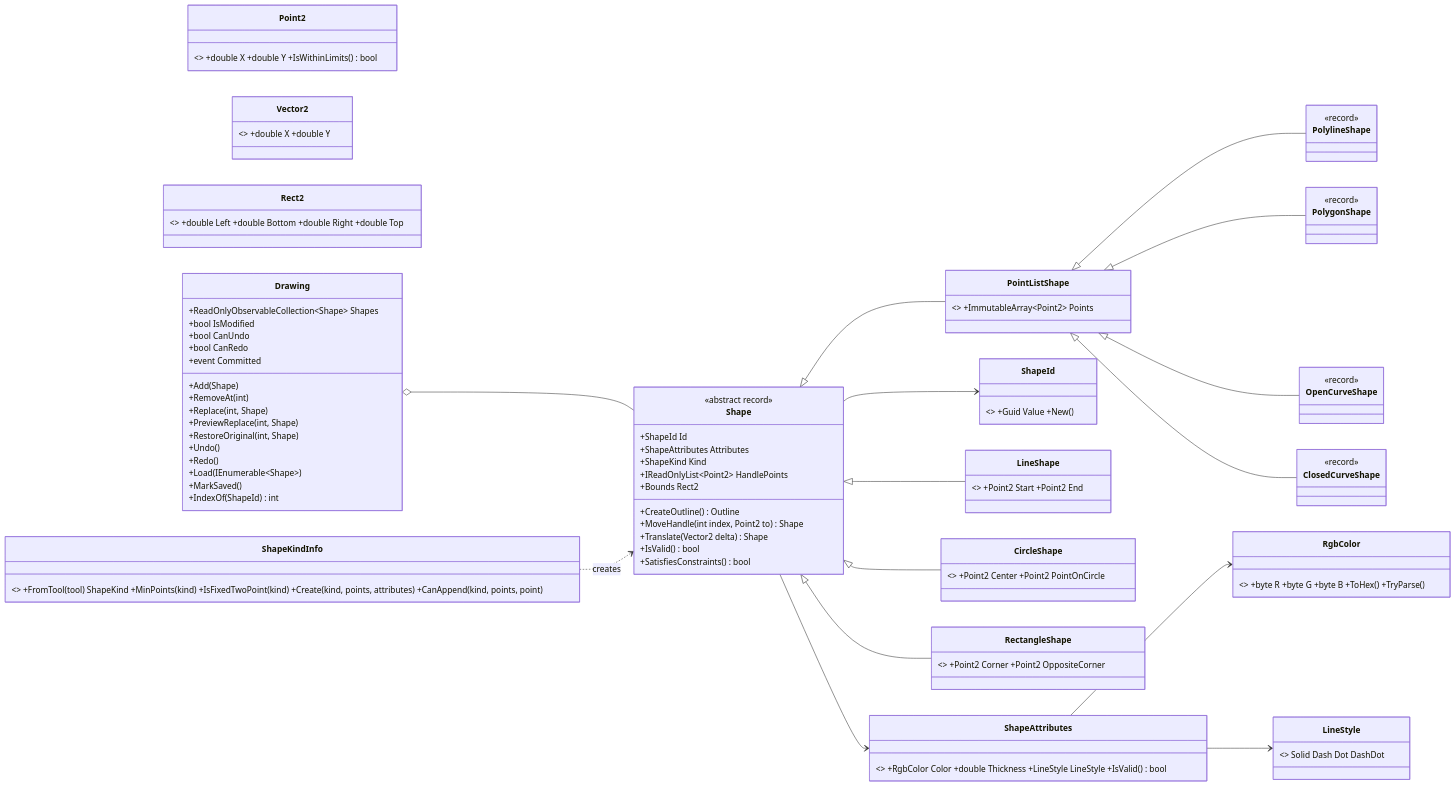
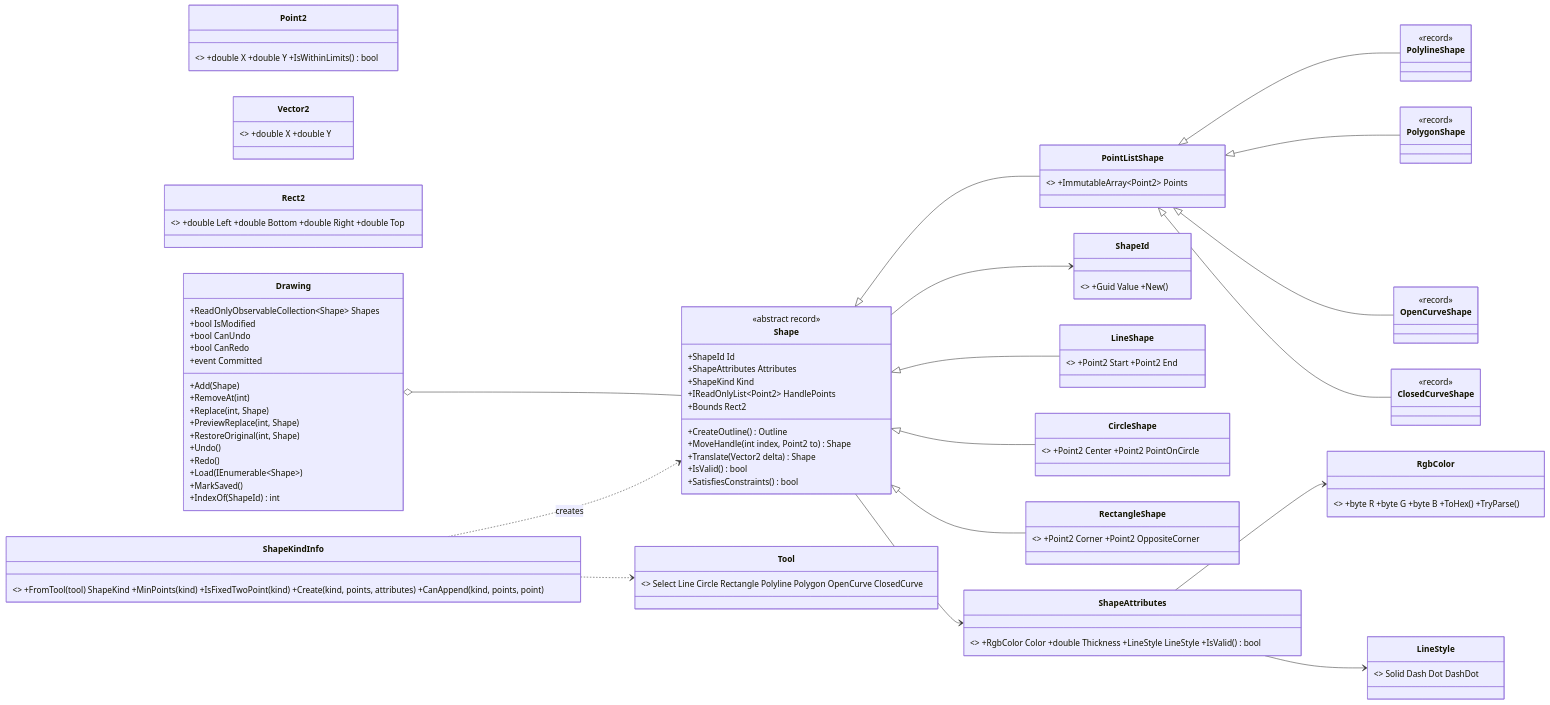
Before and after one commit to Fujiwo/Shos.WpfCadSample: the second of 11 diagrams in Documents/20261105-cad-architecture.md, drawn with Mermaid. The commit also changed other lines of this file and 36 other files, not shown here.

First line of the commit message:
I-3（図形・属性・Drawing）を実装し、T-SHP・T-ATT・T-HIT・T-DRW・T-EXP のテストを追加

````diff
--- a/Documents/20261105-cad-architecture.md
+++ b/Documents/20261105-cad-architecture.md
@@ -140,64 +140,66 @@
 ```mermaid
 classDiagram
     direction LR
     class Point2 { <<readonly record struct>> +double X +double Y +IsWithinLimits() bool }
     class Vector2 { <<readonly record struct>> +double X +double Y }
     class Rect2 { <<readonly record struct>> +double Left +double Bottom +double Right +double Top }
     class RgbColor { <<readonly record struct>> +byte R +byte G +byte B +ToHex() +TryParse() }
     class LineStyle { <<enum>> Solid Dash Dot DashDot }
     class ShapeAttributes { <<record>> +RgbColor Color +double Thickness +LineStyle LineStyle +IsValid() bool }
     class ShapeId { <<readonly record struct>> +Guid Value +New() }
     class Shape {
         <<abstract record>>
         +ShapeId Id
         +ShapeAttributes Attributes
         +ShapeKind Kind
         +IReadOnlyList~Point2~ HandlePoints
         +CreateOutline() Outline
         +MoveHandle(int index, Point2 to) Shape
         +Translate(Vector2 delta) Shape
         +IsValid() bool
         +SatisfiesConstraints() bool
         +Bounds Rect2
     }
     class LineShape { <<record>> +Point2 Start +Point2 End }
     class CircleShape { <<record>> +Point2 Center +Point2 PointOnCircle }
     class RectangleShape { <<record>> +Point2 Corner +Point2 OppositeCorner }
     class PointListShape { <<abstract record>> +ImmutableArray~Point2~ Points }
     class PolylineShape { <<record>> }
     class PolygonShape { <<record>> }
     class OpenCurveShape { <<record>> }
     class ClosedCurveShape { <<record>> }
     class Drawing {
         +ReadOnlyObservableCollection~Shape~ Shapes
         +bool IsModified
         +bool CanUndo
         +bool CanRedo
         +event Committed
         +Add(Shape)
         +RemoveAt(int)
         +Replace(int, Shape)
         +PreviewReplace(int, Shape)
         +RestoreOriginal(int, Shape)
         +Undo()
         +Redo()
         +Load(IEnumerable~Shape~)
         +MarkSaved()
         +IndexOf(ShapeId) int
     }
+    class Tool { <<enum>> Select Line Circle Rectangle Polyline Polygon OpenCurve ClosedCurve }
     class ShapeKindInfo { <<static>> +FromTool(tool) ShapeKind +MinPoints(kind) +IsFixedTwoPoint(kind) +Create(kind, points, attributes) +CanAppend(kind, points, point) }
     Shape <|-- LineShape
     Shape <|-- CircleShape
     Shape <|-- RectangleShape
     Shape <|-- PointListShape
     PointListShape <|-- PolylineShape
     PointListShape <|-- PolygonShape
     PointListShape <|-- OpenCurveShape
     PointListShape <|-- ClosedCurveShape
     Shape --> ShapeAttributes
     Shape --> ShapeId
     ShapeAttributes --> RgbColor
     ShapeAttributes --> LineStyle
     Drawing o-- Shape
     ShapeKindInfo ..> Shape : creates
+    ShapeKindInfo ..> Tool
 ```
````
